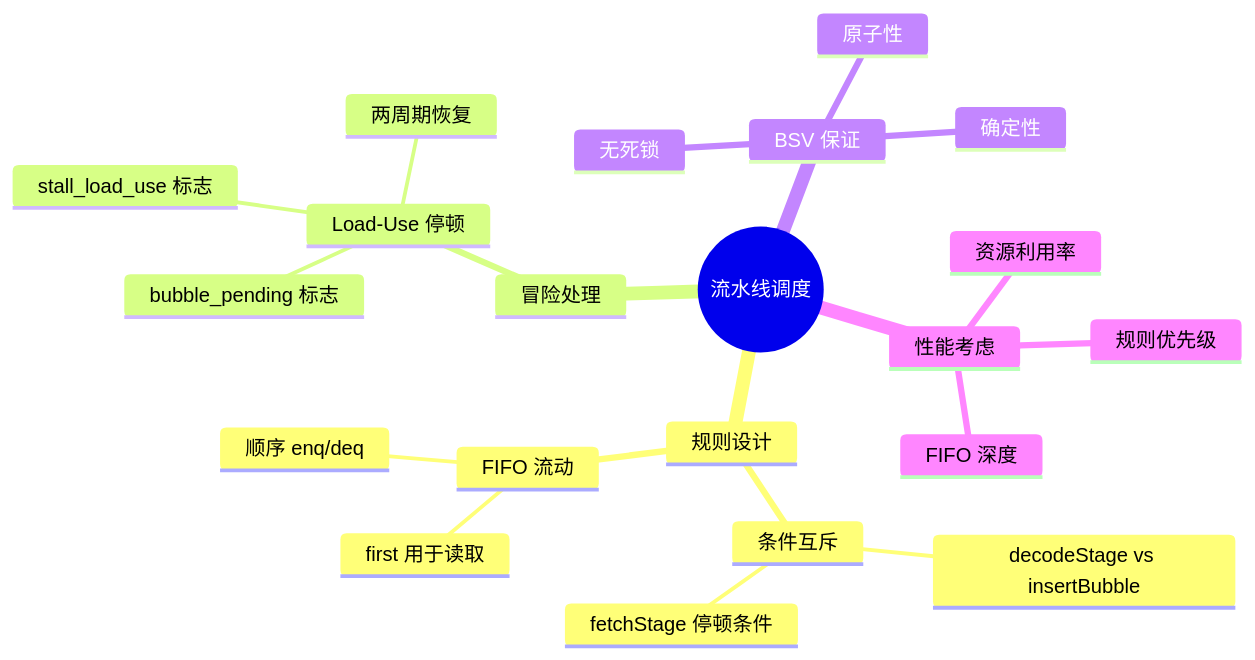
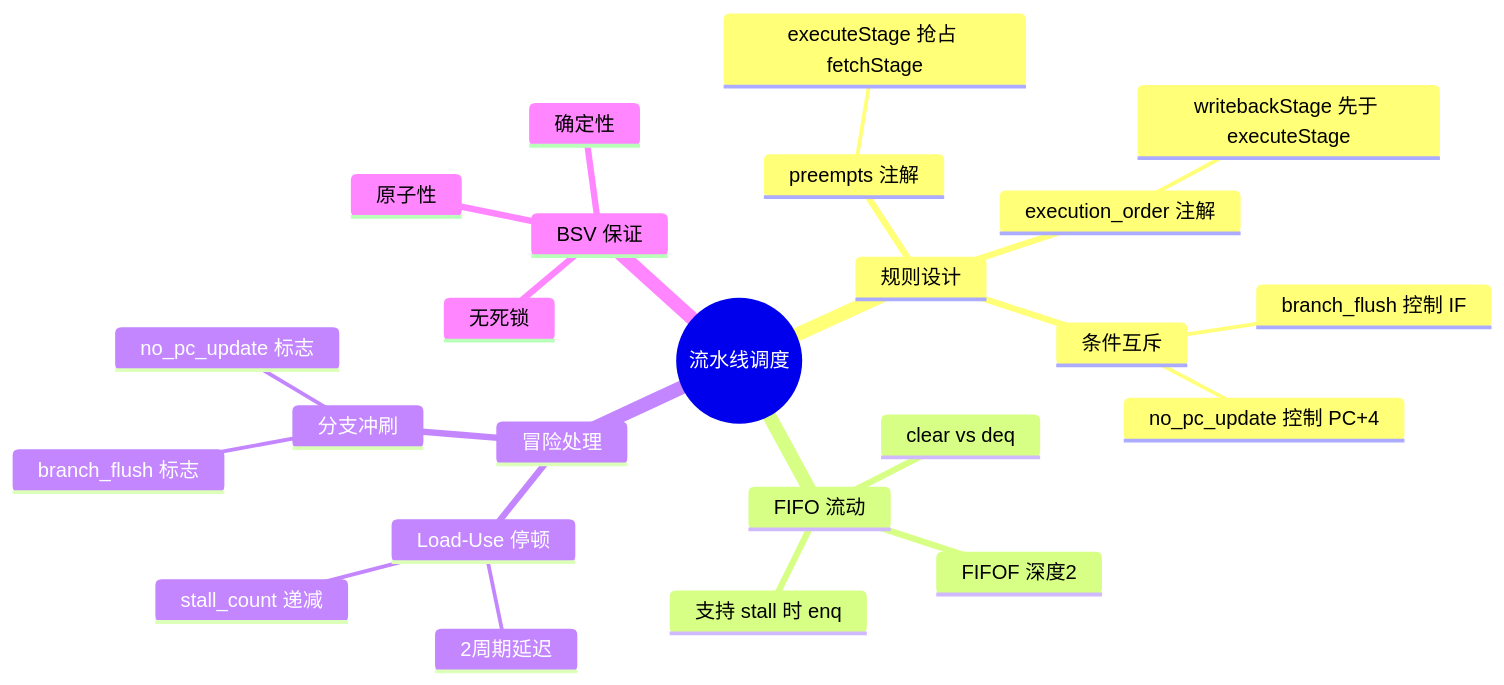
One commit to daivy2333/riscv-bsv-processor changed the eighth of 8 diagrams in docs/pipeline-scheduling.md. Above: the diagram before and after it, drawn with Mermaid. The commit also changed other lines of this file and 6 other files, not shown here.

````diff
--- a/docs/pipeline-scheduling.md
+++ b/docs/pipeline-scheduling.md
@@ -369,24 +284,27 @@
 ```mermaid
 mindmap
   root((流水线调度))
     规则设计
+      preempts 注解
+        executeStage 抢占 fetchStage
+      execution_order 注解
+        writebackStage 先于 executeStage
       条件互斥
-        decodeStage vs insertBubble
-        fetchStage 停顿条件
-      FIFO 流动
-        顺序 enq/deq
-        first 用于读取
+        branch_flush 控制 IF
+        no_pc_update 控制 PC+4
+    FIFO 流动
+      FIFOF 深度2
+      支持 stall 时 enq
+      clear vs deq
     冒险处理
       Load-Use 停顿
-        stall_load_use 标志
-        bubble_pending 标志
-        两周期恢复
+        stall_count 递减
+        2周期延迟
+      分支冲刷
+        branch_flush 标志
+        no_pc_update 标志
     BSV 保证
       原子性
       确定性
       无死锁
-    性能考虑
-      规则优先级
-      FIFO 深度
-      资源利用率
 ```
````
